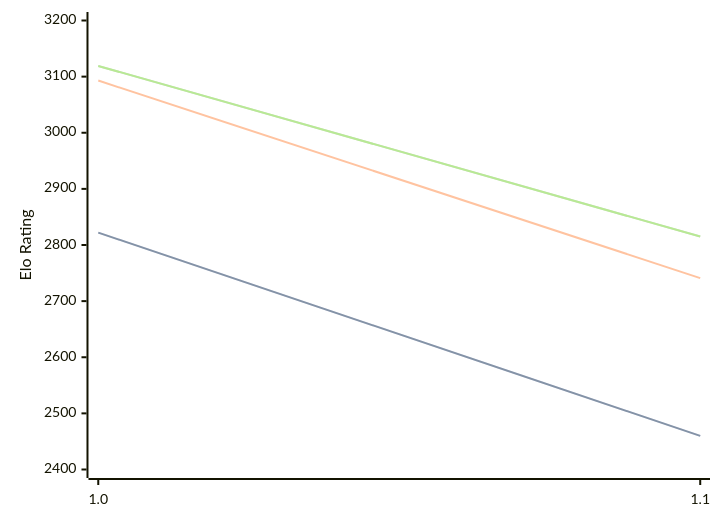
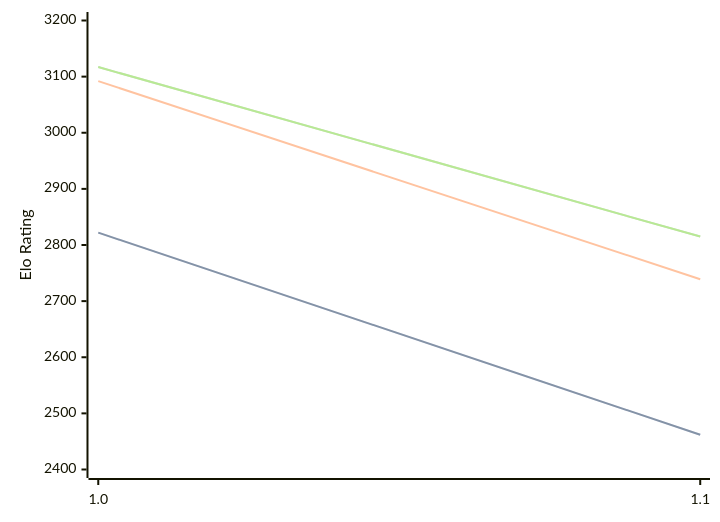
The diagram in engines/Publius.md (computer-chess-index/cci), drawn with Mermaid before and after one commit. The commit also changed other lines of this file, not shown here.

Commit message:
Update CCI Ratings (ELO VLTC) - 2026-06-10

````diff
--- a/engines/Publius.md
+++ b/engines/Publius.md
@@ -32,11 +32,11 @@
 ```mermaid
 %%{init: {"theme":"base","themeVariables":{"seriesColors:['#a3a3a3','#222221','#faa371']}}}%%
 xychart-beta
   x-axis ["1.0", "1.1"]
   y-axis "Elo Rating" 2400 --> 3200
-  line "STC (8.0+0.08s)" [2822, 2460]
-  line "STC (8.0+0.08s)" [2822, 2460]
-  line "LTC (60.0+0.60s)" [3093, 2741]
-  line "VLTC (2m24s+1.12s)" [3119, 2815]
-  line "VLTC (2m24s+1.12s)" [3119, 2815]
+  line "STC (8.0+0.08s)" [2822, 2462]
+  line "STC (8.0+0.08s)" [2822, 2462]
+  line "LTC (60.0+0.60s)" [3092, 2739]
+  line "VLTC (2m24s+1.12s)" [3117, 2815]
+  line "VLTC (2m24s+1.12s)" [3117, 2815]
 ```
````
